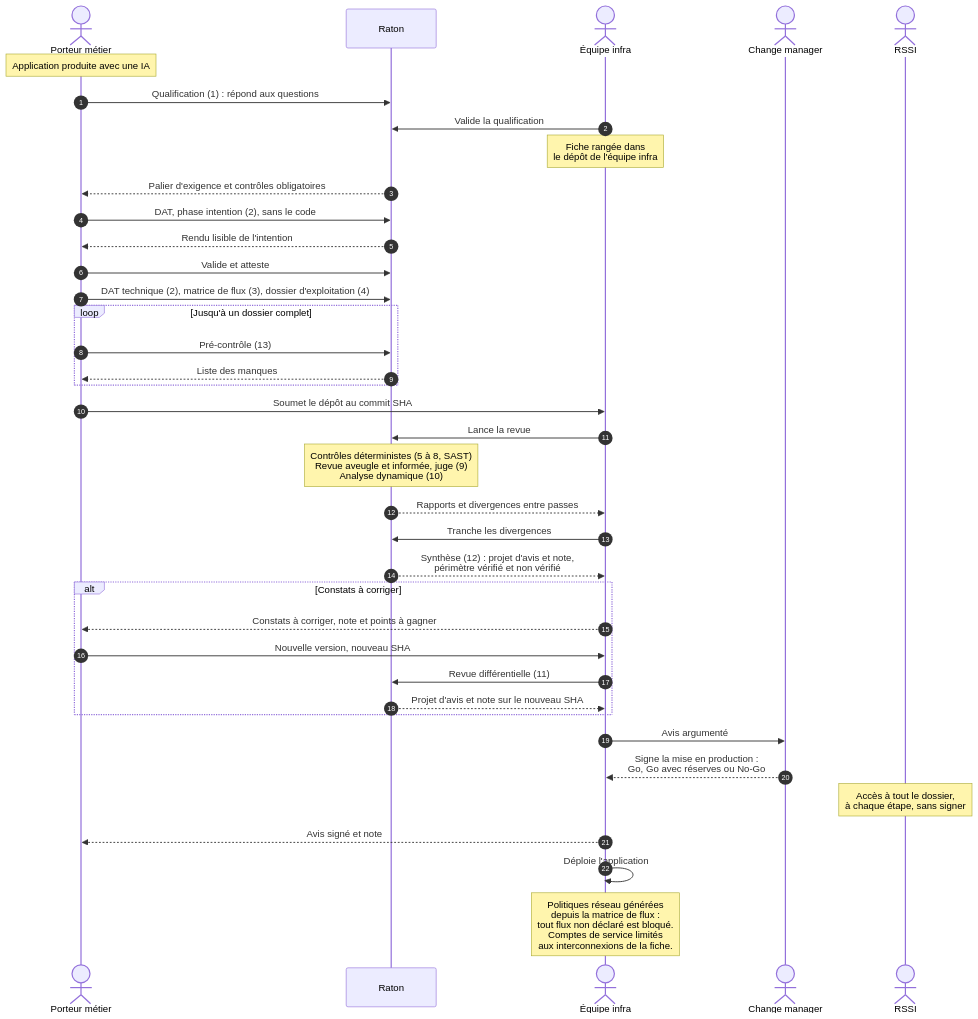
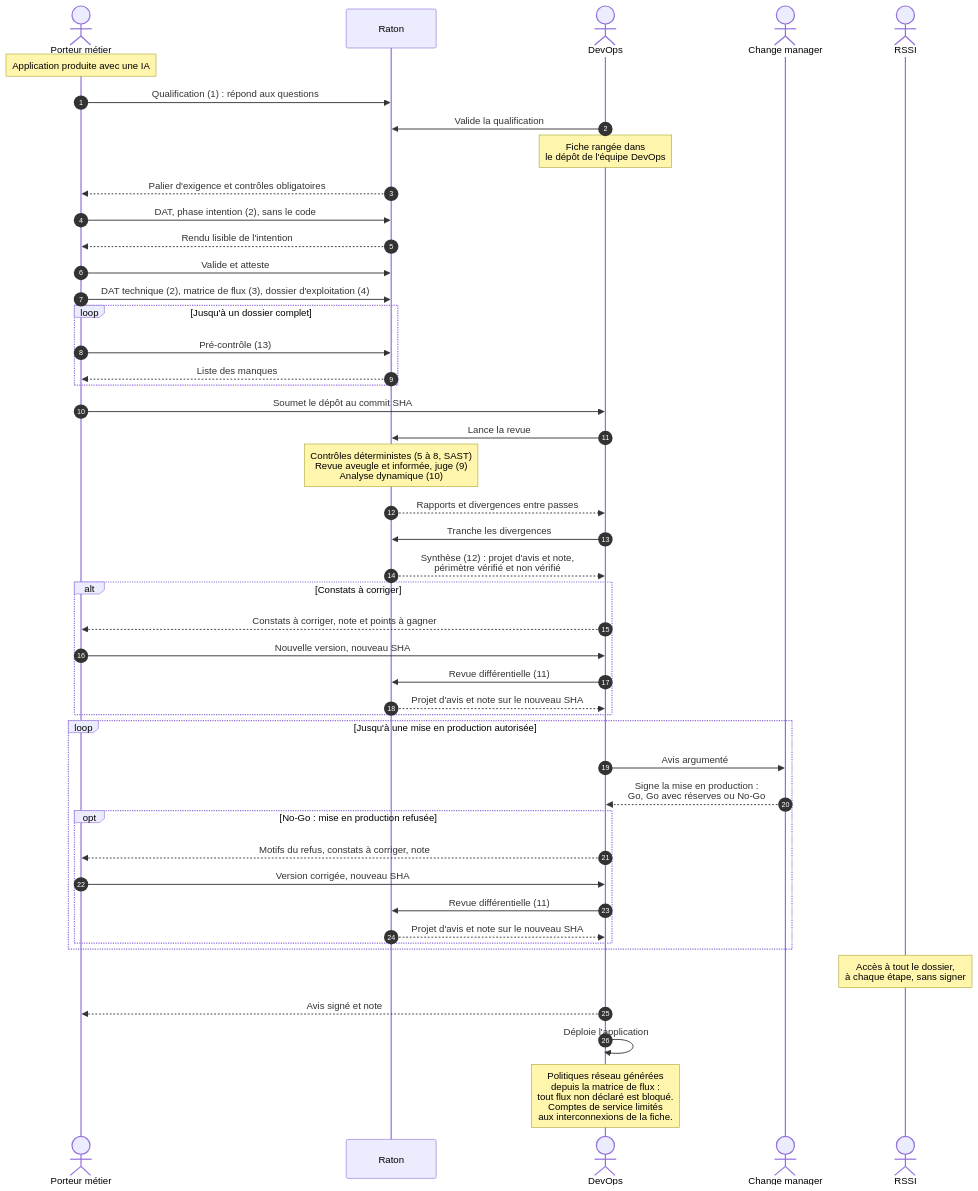
Before and after one commit to Jul0ow/Raton: the second of 5 diagrams in docs/architecture.md, drawn with Mermaid. The commit also changed other lines of this file and 26 other files, not shown here.

First line of the commit message:
Valide la note, ajoute la boucle de refus et renomme l'équipe infra en DevOps

````diff
--- a/docs/architecture.md
+++ b/docs/architecture.md
@@ -53,41 +53,49 @@
 ```mermaid
 sequenceDiagram
   autonumber
   actor M as Porteur métier
   participant R as Raton
-  actor E as Équipe infra
+  actor E as DevOps
   actor C as Change manager
   actor S as RSSI
 
   Note over M: Application produite avec une IA
   M->>R: Qualification (1) : répond aux questions
   E->>R: Valide la qualification
-  Note over E: Fiche rangée dans<br/>le dépôt de l'équipe infra
+  Note over E: Fiche rangée dans<br/>le dépôt de l'équipe DevOps
   R-->>M: Palier d'exigence et contrôles obligatoires
   M->>R: DAT, phase intention (2), sans le code
   R-->>M: Rendu lisible de l'intention
   M->>R: Valide et atteste
   M->>R: DAT technique (2), matrice de flux (3), dossier d'exploitation (4)
   loop Jusqu'à un dossier complet
     M->>R: Pré-contrôle (13)
     R-->>M: Liste des manques
   end
   M->>E: Soumet le dépôt au commit SHA
   E->>R: Lance la revue
   Note over R: Contrôles déterministes (5 à 8, SAST)<br/>Revue aveugle et informée, juge (9)<br/>Analyse dynamique (10)
   R-->>E: Rapports et divergences entre passes
   E->>R: Tranche les divergences
   R-->>E: Synthèse (12) : projet d'avis et note,<br/>périmètre vérifié et non vérifié
   alt Constats à corriger
     E-->>M: Constats à corriger, note et points à gagner
     M->>E: Nouvelle version, nouveau SHA
     E->>R: Revue différentielle (11)
     R-->>E: Projet d'avis et note sur le nouveau SHA
   end
-  E->>C: Avis argumenté
-  C-->>E: Signe la mise en production :<br/>Go, Go avec réserves ou No-Go
+  loop Jusqu'à une mise en production autorisée
+    E->>C: Avis argumenté
+    C-->>E: Signe la mise en production :<br/>Go, Go avec réserves ou No-Go
+    opt No-Go : mise en production refusée
+      E-->>M: Motifs du refus, constats à corriger, note
+      M->>E: Version corrigée, nouveau SHA
+      E->>R: Revue différentielle (11)
+      R-->>E: Projet d'avis et note sur le nouveau SHA
+    end
+  end
   Note over S: Accès à tout le dossier,<br/>à chaque étape, sans signer
   E-->>M: Avis signé et note
   E->>E: Déploie l'application
   Note over E: Politiques réseau générées<br/>depuis la matrice de flux :<br/>tout flux non déclaré est bloqué.<br/>Comptes de service limités<br/>aux interconnexions de la fiche.
 ```
````
